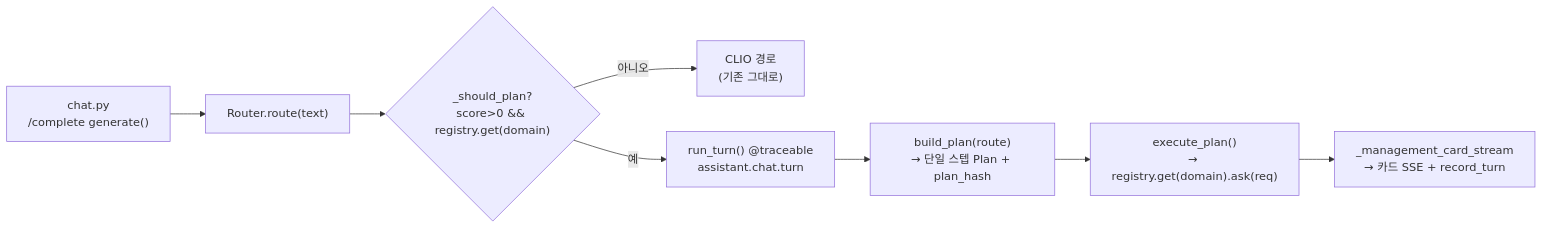
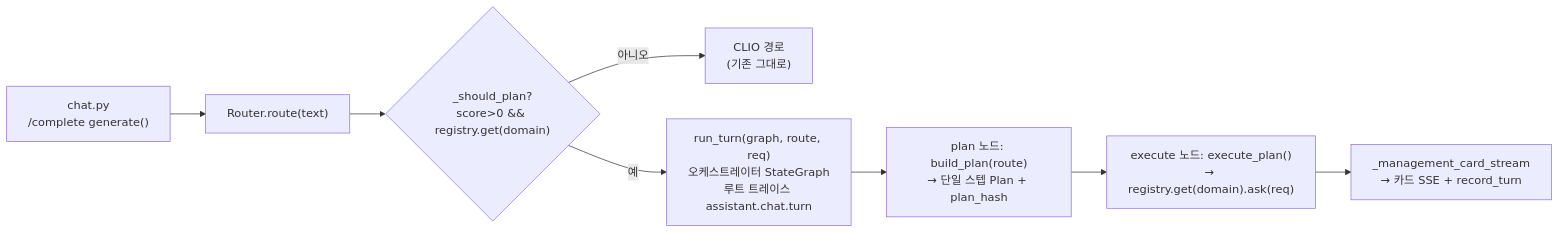
Before and after one commit to cclickstudio/click-me: the diagram in docs/superpowers/plans/2026-06-26-s1-plan-then-execute-orchestrator.md, drawn with Mermaid. The commit also changed other lines of this file and 1 other file, not shown here.

````diff
--- a/docs/superpowers/plans/2026-06-26-s1-plan-then-execute-orchestrator.md
+++ b/docs/superpowers/plans/2026-06-26-s1-plan-then-execute-orchestrator.md
@@ -13,10 +13,10 @@
 ```mermaid
 flowchart LR
     chat["chat.py<br/>/complete generate()"] --> route["Router.route(text)"]
     route --> sp{"_should_plan?<br/>score>0 && registry.get(domain)"}
     sp -->|아니오| clio["CLIO 경로<br/>(기존 그대로)"]
-    sp -->|예| rt["run_turn() @traceable<br/>assistant.chat.turn"]
-    rt --> bp["build_plan(route)<br/>→ 단일 스텝 Plan + plan_hash"]
-    bp --> ep["execute_plan()<br/>→ registry.get(domain).ask(req)"]
+    sp -->|예| rt["run_turn(graph, route, req)<br/>오케스트레이터 StateGraph<br/>루트 트레이스 assistant.chat.turn"]
+    rt --> bp["plan 노드: build_plan(route)<br/>→ 단일 스텝 Plan + plan_hash"]
+    bp --> ep["execute 노드: execute_plan()<br/>→ registry.get(domain).ask(req)"]
     ep --> card["_management_card_stream<br/>→ 카드 SSE + record_turn"]
 ```
````
